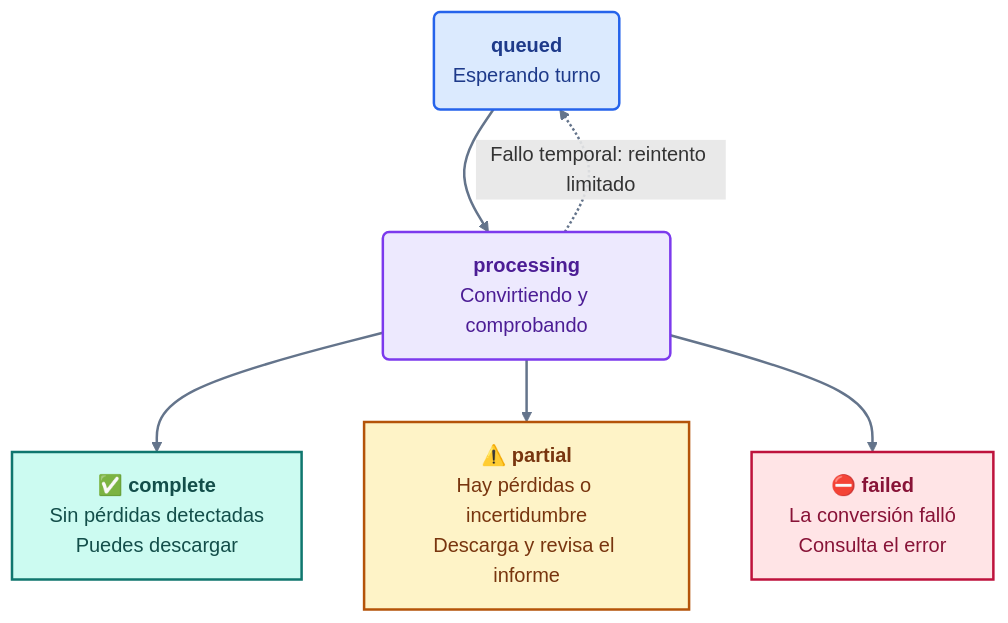
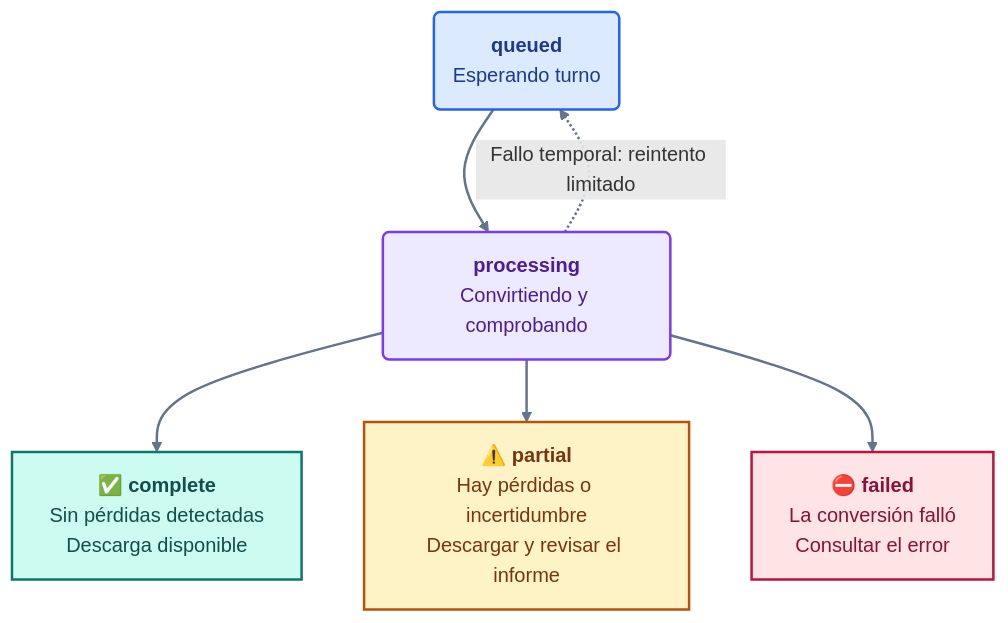
The fourth of 7 diagrams in README.md (jpadillaa/rs_okf_microservice), drawn with Mermaid before and after one commit. The commit also changed other lines of this file, not shown here.

````diff
--- a/README.md
+++ b/README.md
@@ -109,21 +109,21 @@
 ```mermaid
 flowchart TD
     accTitle: Estados de un trabajo y qué hacer en cada caso
     accDescr: Un trabajo pasa de queued a processing. Puede terminar complete, partial o failed. Un fallo temporal puede devolverlo a la cola para un reintento limitado.
     d4_queue("<b>queued</b><br/>Esperando turno") --> d4_work("<b>processing</b><br/>Convirtiendo y comprobando")
-    d4_work --> d4_complete["✅ <b>complete</b><br/>Sin pérdidas detectadas<br/>Puedes descargar"]
-    d4_work --> d4_partial["⚠️ <b>partial</b><br/>Hay pérdidas o incertidumbre<br/>Descarga y revisa el informe"]
-    d4_work --> d4_failed["⛔ <b>failed</b><br/>La conversión falló<br/>Consulta el error"]
+    d4_work --> d4_complete["✅ <b>complete</b><br/>Sin pérdidas detectadas<br/>Descarga disponible"]
+    d4_work --> d4_partial["⚠️ <b>partial</b><br/>Hay pérdidas o incertidumbre<br/>Descargar y revisar el informe"]
+    d4_work --> d4_failed["⛔ <b>failed</b><br/>La conversión falló<br/>Consultar el error"]
     d4_work -.->|Fallo temporal: reintento limitado| d4_queue
     classDef input fill:#DBEAFE,stroke:#2563EB,color:#1E3A8A,stroke-width:2px;
     classDef process fill:#EDE9FE,stroke:#7C3AED,color:#4C1D95,stroke-width:2px;
     classDef output fill:#CCFBF1,stroke:#0F766E,color:#134E4A,stroke-width:2px;
     classDef review fill:#FEF3C7,stroke:#B45309,color:#78350F,stroke-width:2px;
     classDef error fill:#FFE4E6,stroke:#BE123C,color:#881337,stroke-width:2px;
     class d4_queue input;
     class d4_work process;
     class d4_complete output;
     class d4_partial review;
     class d4_failed error;
     linkStyle default stroke:#64748B,stroke-width:2px;
 ```
````
